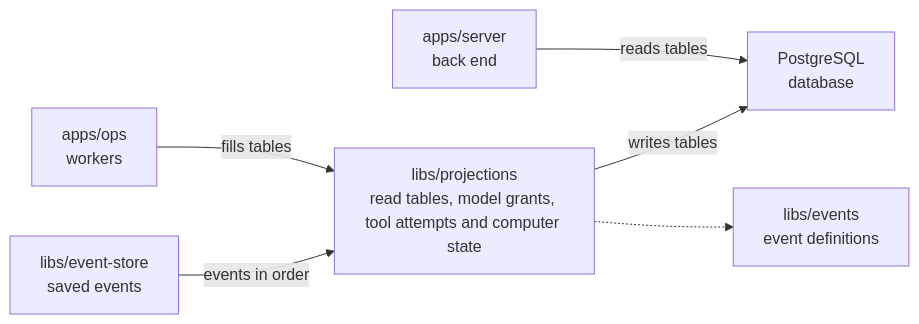
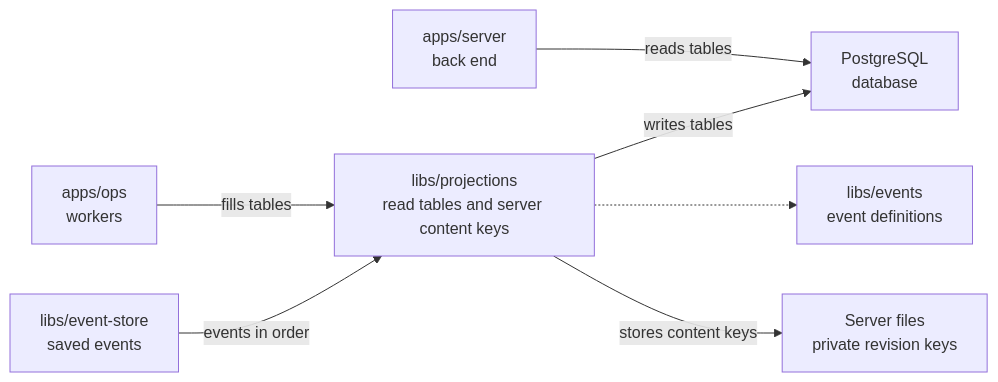
One commit to elewa-git/opencrane-new changed the diagram in libs/projections/README.md. Above: the diagram before and after it, drawn with Mermaid. The commit also changed other lines of this file and 18 other files, not shown here.

````diff
--- a/libs/projections/README.md
+++ b/libs/projections/README.md
@@ -23,8 +23,9 @@
 ```mermaid
 flowchart LR
-  ops["apps/ops<br/>workers"] -->|fills tables| projections["libs/projections<br/>read tables, model grants, tool attempts and computer state"]
+  ops["apps/ops<br/>workers"] -->|fills tables| projections["libs/projections<br/>read tables and server content keys"]
   server["apps/server<br/>back end"] -->|reads tables| pg["PostgreSQL<br/>database"]
   projections -->|writes tables| pg
   store["libs/event-store<br/>saved events"] -->|events in order| projections
   projections -.-> events["libs/events<br/>event definitions"]
+  projections -->|stores content keys| keys["Server files<br/>private revision keys"]
 ```
````
